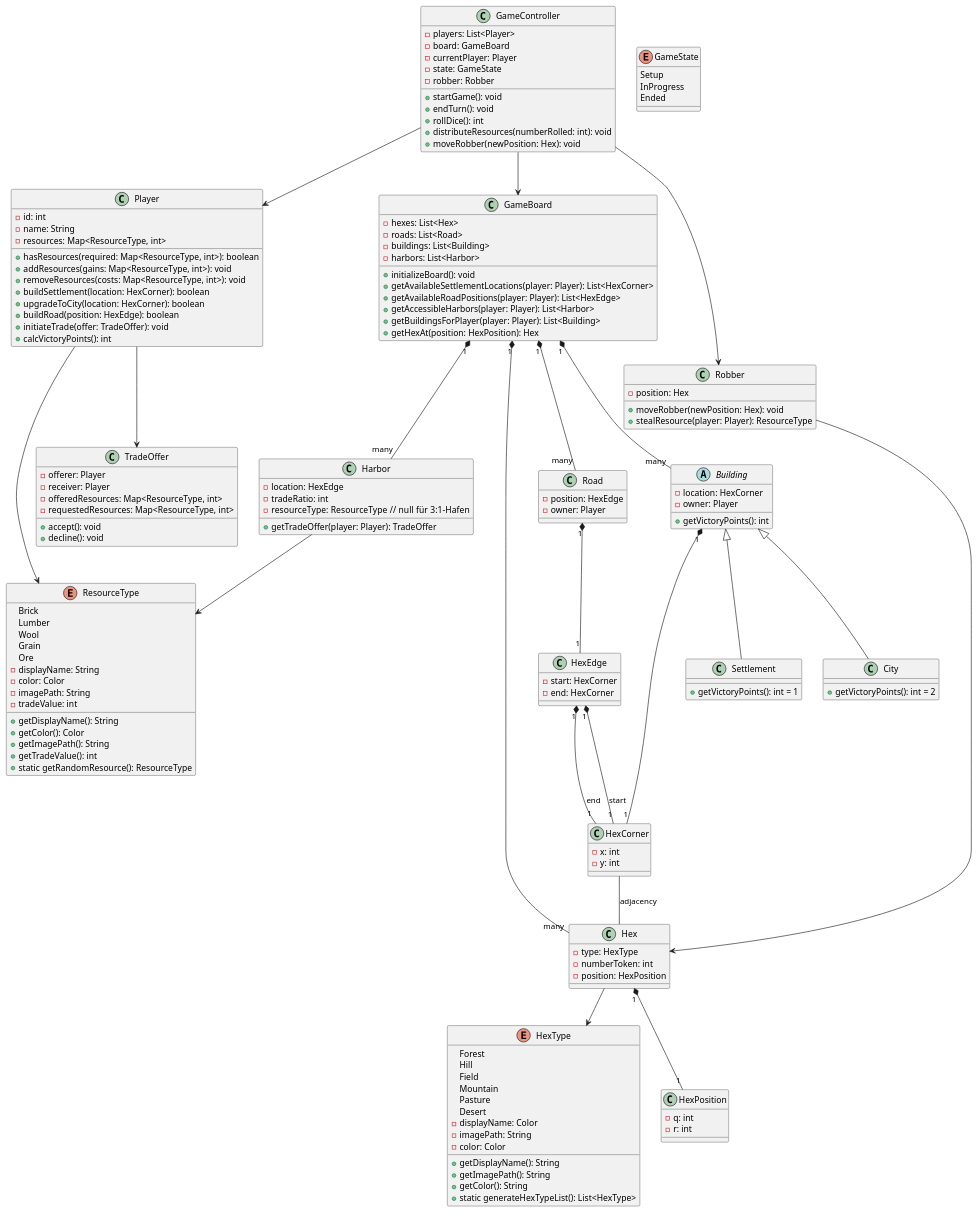
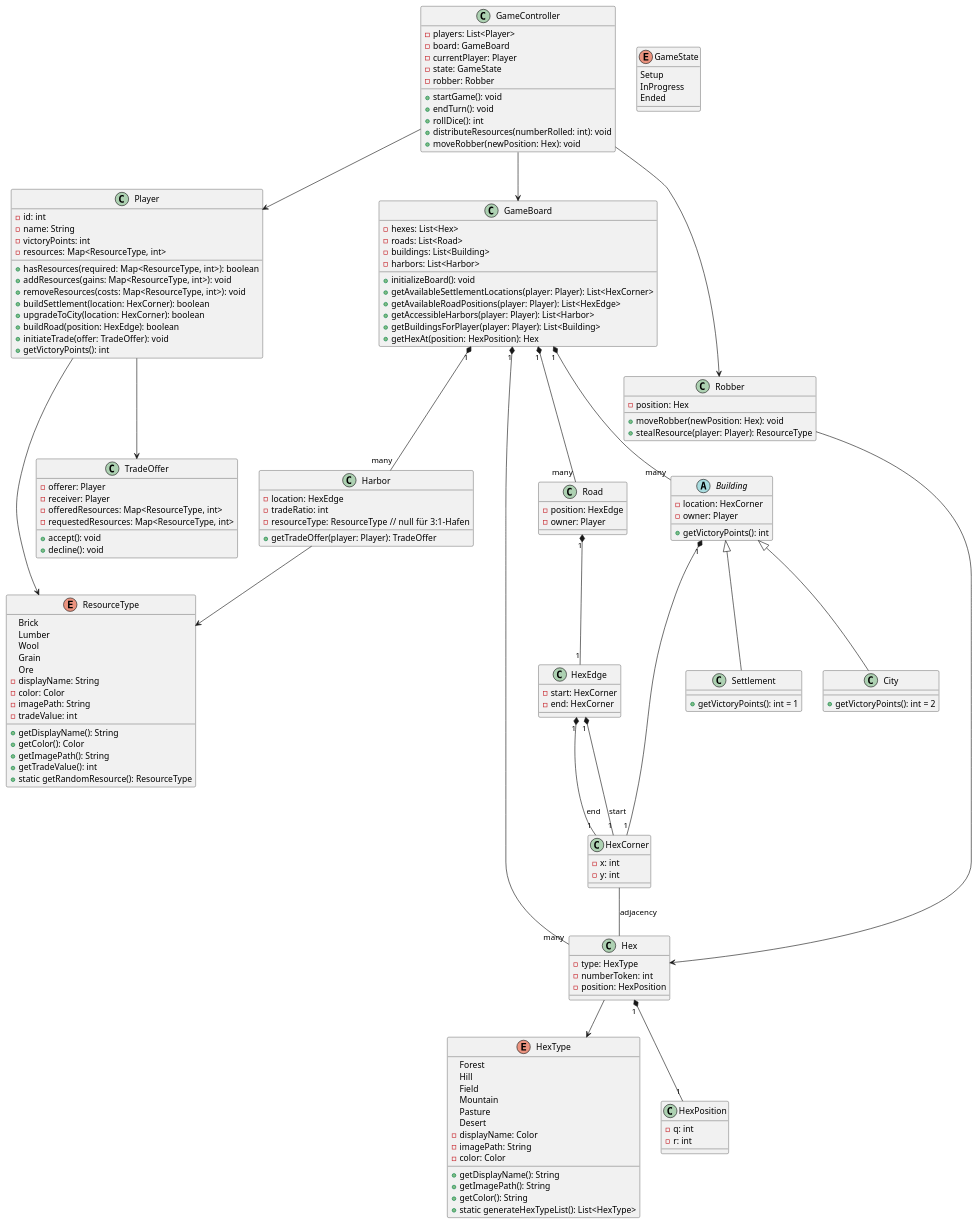
The diagram in architecture_overview.wsd (MrJonix/theSettlersOfJava), drawn with PlantUML before and after one commit. The commit also changed 1 other file, not shown here.

Commit message:
update: uml update

```diff
--- a/architecture_overview.wsd
+++ b/architecture_overview.wsd
@@ -1,169 +1,169 @@
 @startuml
 
 ' Spieler-Klasse
 class Player {
   - id: int
   - name: String
+  - victoryPoints: int
   - resources: Map<ResourceType, int>
   + hasResources(required: Map<ResourceType, int>): boolean
   + addResources(gains: Map<ResourceType, int>): void
   + removeResources(costs: Map<ResourceType, int>): void
   + buildSettlement(location: HexCorner): boolean
   + upgradeToCity(location: HexCorner): boolean
   + buildRoad(position: HexEdge): boolean
   + initiateTrade(offer: TradeOffer): void
-  + calcVictoryPoints(): int
-  
+  + getVictoryPoints(): int 
 }
 
 class TradeOffer {
   - offerer: Player
   - receiver: Player
   - offeredResources: Map<ResourceType, int>
   - requestedResources: Map<ResourceType, int>
   + accept(): void
   + decline(): void
 }
 
 class GameBoard {
   - hexes: List<Hex>
   - roads: List<Road>
   - buildings: List<Building>
   - harbors: List<Harbor>
   + initializeBoard(): void
   + getAvailableSettlementLocations(player: Player): List<HexCorner>
   + getAvailableRoadPositions(player: Player): List<HexEdge>
   + getAccessibleHarbors(player: Player): List<Harbor>
   + getBuildingsForPlayer(player: Player): List<Building>
   + getHexAt(position: HexPosition): Hex
 }
 
 class Hex {
   - type: HexType
   - numberToken: int
   - position: HexPosition
 }
 
 class HexEdge {
   - start: HexCorner
   - end: HexCorner
 }
 
 class Road {
   - position: HexEdge
   - owner: Player
 }
 
 abstract class Building {
   - location: HexCorner
   - owner: Player
   + getVictoryPoints(): int
 }
 
 class Settlement extends Building {
   + getVictoryPoints(): int = 1
 }
 
 class City extends Building {
   + getVictoryPoints(): int = 2
 }
 
 enum GameState {
   Setup
   InProgress
   Ended
 }
 
 class GameController {
   - players: List<Player>
   - board: GameBoard
   - currentPlayer: Player
   - state: GameState
   - robber: Robber
   + startGame(): void
   + endTurn(): void
   + rollDice(): int
   + distributeResources(numberRolled: int): void
   + moveRobber(newPosition: Hex): void
 }
 
 enum ResourceType {
   Brick
   Lumber
   Wool
   Grain
   Ore
   - displayName: String
   - color: Color
   - imagePath: String
   - tradeValue: int
   + getDisplayName(): String
   + getColor(): Color
   + getImagePath(): String
   + getTradeValue(): int
   + static getRandomResource(): ResourceType
 }
 
 enum HexType {
   Forest
   Hill
   Field
   Mountain
   Pasture
   Desert
   - displayName: Color
   - imagePath: String
   - color: Color
   + getDisplayName(): String
   + getImagePath(): String
   + getColor(): String
   + static generateHexTypeList(): List<HexType>
 }
 
 class HexCorner {
   - x: int
   - y: int
 }
 
 class HexPosition {
   - q: int
   - r: int
 }
 
 class Harbor {
   - location: HexEdge
   - tradeRatio: int
   - resourceType: ResourceType  // null für 3:1-Hafen
   + getTradeOffer(player: Player): TradeOffer
 }
 
 class Robber {
   - position: Hex
   + moveRobber(newPosition: Hex): void
   + stealResource(player: Player): ResourceType
 }
 
 ' Beziehungen mit Komposition & Assoziationen
 Harbor --> ResourceType
 Player --> ResourceType
 
 GameBoard "1" *-- "many" Hex
 GameBoard "1" *-- "many" Road
 GameBoard "1" *-- "many" Building
 GameBoard "1" *-- "many" Harbor
 Building "1" *-- "1" HexCorner
 Road "1" *-- "1" HexEdge
 HexEdge "1" *-- "1" HexCorner : start
 HexEdge "1" *-- "1" HexCorner : end
 Hex "1" *-- "1" HexPosition
 Robber --> Hex
 Hex --> HexType
 
 
 HexCorner -- Hex : adjacency
 GameController --> Player
 GameController --> GameBoard
 GameController --> Robber
 Player --> TradeOffer
 
 @enduml
```
